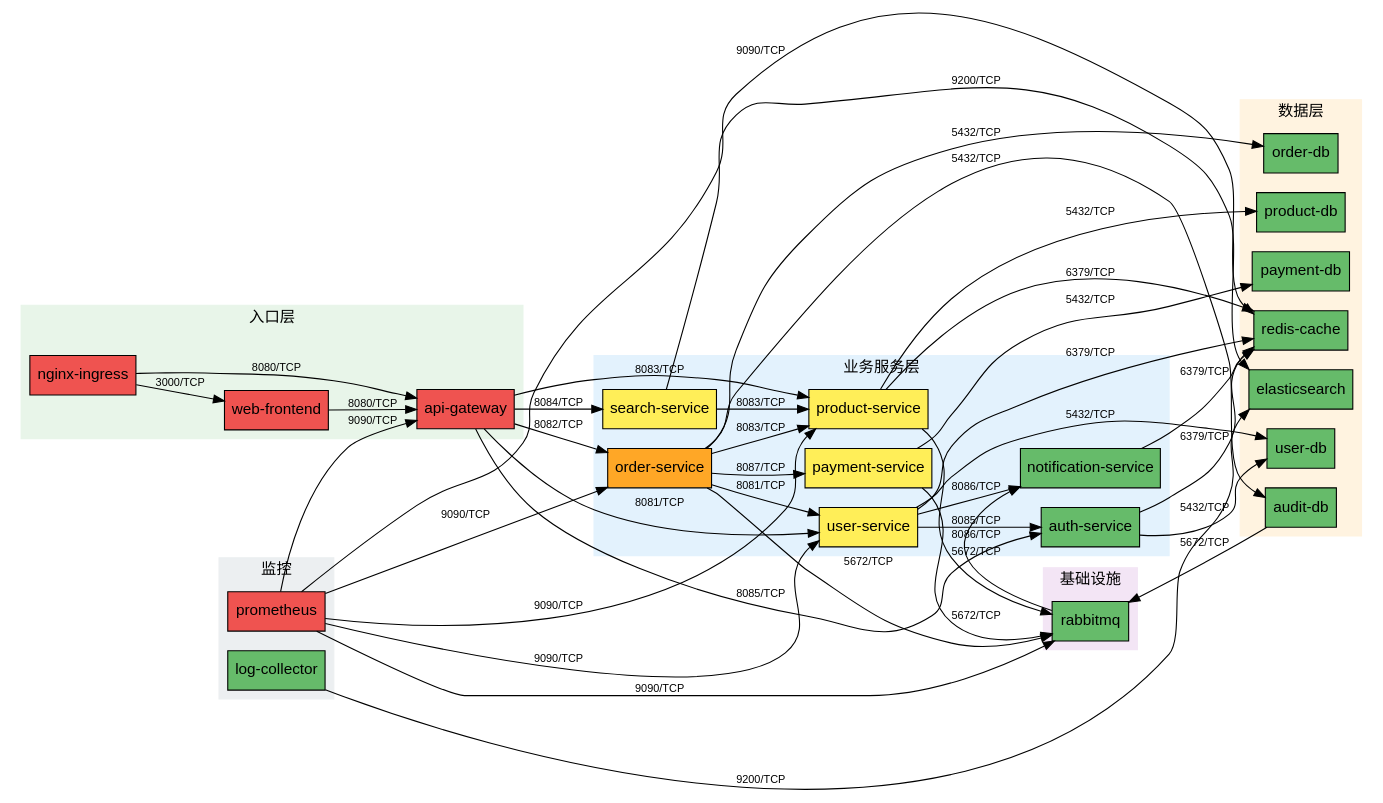
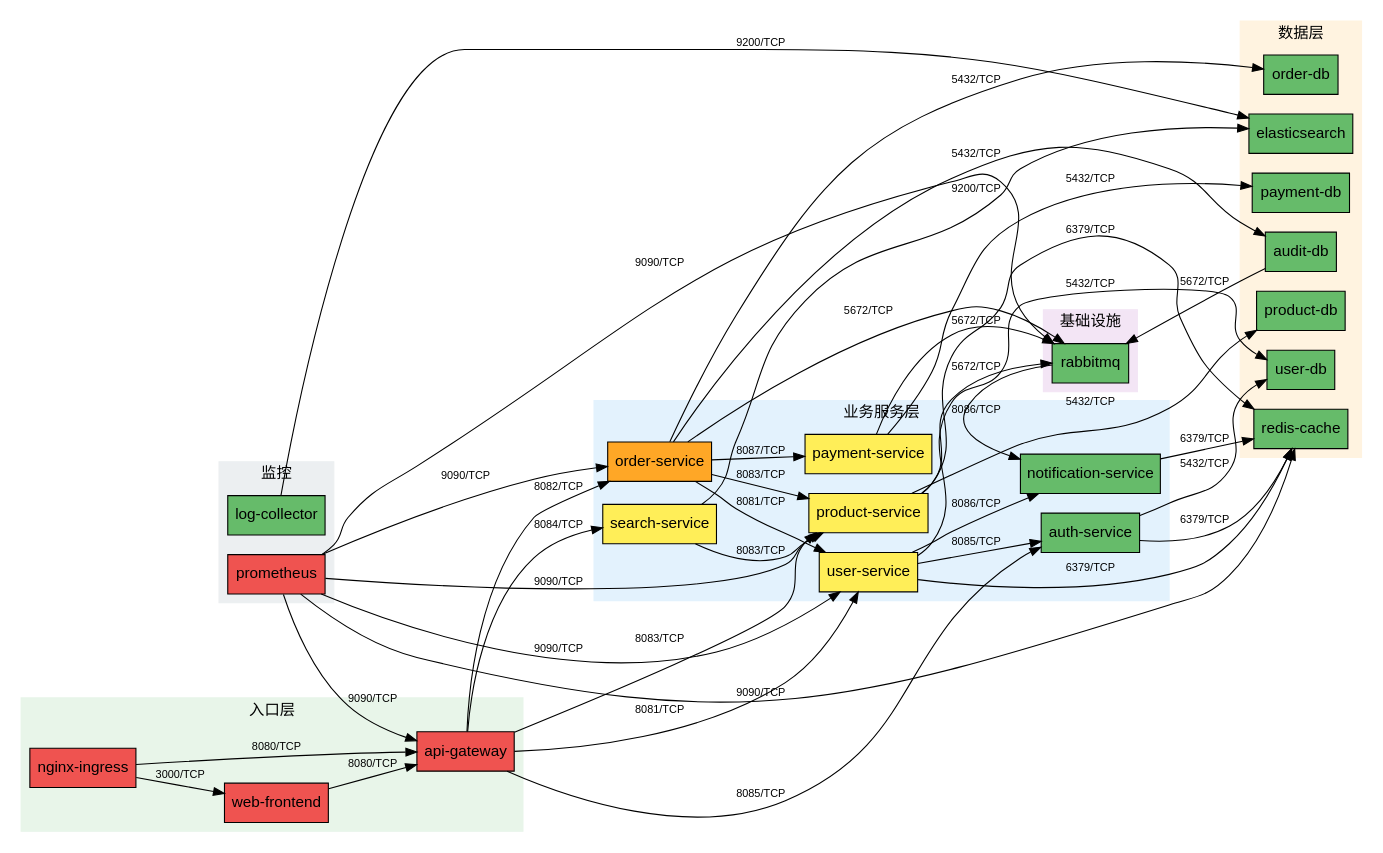
Before and after one commit to Rhyin0/k8s-netpol-analyzer: the diagram in network-topology.dot, drawn with Graphviz. The commit also changed other lines of this file and 7 other files, not shown here.

Commit message:
feat: Phase 2 - Hubble flow collection + Prometheus metrics + Grafana integration

```diff
--- a/network-topology.dot
+++ b/network-topology.dot
@@ -1,93 +1,93 @@
 digraph K8sNetworkPolicy {
   rankdir=LR;
   node [shape=box, style=filled, fontname="Arial"];
   edge [fontname="Arial", fontsize=10];
 
   subgraph cluster_0 {
+    label="业务服务层";
+    style=filled;
+    color="#E3F2FD";
+    "notification-service" [fillcolor="#66BB6A"];
+    "payment-service" [fillcolor="#FFEE58"];
+    "auth-service" [fillcolor="#66BB6A"];
+    "order-service" [fillcolor="#FFA726"];
+    "product-service" [fillcolor="#FFEE58"];
+    "user-service" [fillcolor="#FFEE58"];
+    "search-service" [fillcolor="#FFEE58"];
+  }
+
+  subgraph cluster_1 {
+    label="数据层";
+    style=filled;
+    color="#FFF3E0";
+    "elasticsearch" [fillcolor="#66BB6A"];
+    "order-db" [fillcolor="#66BB6A"];
+    "payment-db" [fillcolor="#66BB6A"];
+    "audit-db" [fillcolor="#66BB6A"];
+    "redis-cache" [fillcolor="#66BB6A"];
+    "product-db" [fillcolor="#66BB6A"];
+    "user-db" [fillcolor="#66BB6A"];
+  }
+
+  subgraph cluster_2 {
+    label="基础设施";
+    style=filled;
+    color="#F3E5F5";
+    "rabbitmq" [fillcolor="#66BB6A"];
+  }
+
+  subgraph cluster_3 {
+    label="监控";
+    style=filled;
+    color="#ECEFF1";
+    "log-collector" [fillcolor="#66BB6A"];
+    "prometheus" [fillcolor="#EF5350"];
+  }
+
+  subgraph cluster_4 {
     label="入口层";
     style=filled;
     color="#E8F5E9";
     "nginx-ingress" [fillcolor="#EF5350"];
     "api-gateway" [fillcolor="#EF5350"];
     "web-frontend" [fillcolor="#EF5350"];
-  }
-
-  subgraph cluster_1 {
-    label="业务服务层";
-    style=filled;
-    color="#E3F2FD";
-    "user-service" [fillcolor="#FFEE58"];
-    "order-service" [fillcolor="#FFA726"];
-    "notification-service" [fillcolor="#66BB6A"];
-    "product-service" [fillcolor="#FFEE58"];
-    "payment-service" [fillcolor="#FFEE58"];
-    "search-service" [fillcolor="#FFEE58"];
-    "auth-service" [fillcolor="#66BB6A"];
-  }
-
-  subgraph cluster_2 {
-    label="数据层";
-    style=filled;
-    color="#FFF3E0";
-    "elasticsearch" [fillcolor="#66BB6A"];
-    "user-db" [fillcolor="#66BB6A"];
-    "order-db" [fillcolor="#66BB6A"];
-    "payment-db" [fillcolor="#66BB6A"];
-    "redis-cache" [fillcolor="#66BB6A"];
-    "product-db" [fillcolor="#66BB6A"];
-    "audit-db" [fillcolor="#66BB6A"];
-  }
-
-  subgraph cluster_3 {
-    label="基础设施";
-    style=filled;
-    color="#F3E5F5";
-    "rabbitmq" [fillcolor="#66BB6A"];
-  }
-
-  subgraph cluster_4 {
-    label="监控";
-    style=filled;
-    color="#ECEFF1";
-    "log-collector" [fillcolor="#66BB6A"];
-    "prometheus" [fillcolor="#EF5350"];
   }
 
   "nginx-ingress" -> "web-frontend" [label="3000/TCP"];
   "nginx-ingress" -> "api-gateway" [label="8080/TCP"];
   "web-frontend" -> "api-gateway" [label="8080/TCP"];
   "api-gateway" -> "user-service" [label="8081/TCP"];
   "api-gateway" -> "order-service" [label="8082/TCP"];
   "api-gateway" -> "product-service" [label="8083/TCP"];
   "api-gateway" -> "search-service" [label="8084/TCP"];
   "api-gateway" -> "auth-service" [label="8085/TCP"];
   "user-service" -> "auth-service" [label="8085/TCP"];
   "auth-service" -> "redis-cache" [label="6379/TCP"];
   "auth-service" -> "user-db" [label="5432/TCP"];
   "order-service" -> "user-service" [label="8081/TCP"];
   "user-service" -> "user-db" [label="5432/TCP"];
   "user-service" -> "redis-cache" [label="6379/TCP"];
   "user-service" -> "notification-service" [label="8086/TCP"];
   "order-service" -> "order-db" [label="5432/TCP"];
   "order-service" -> "product-service" [label="8083/TCP"];
   "order-service" -> "payment-service" [label="8087/TCP"];
   "order-service" -> "rabbitmq" [label="5672/TCP"];
   "search-service" -> "product-service" [label="8083/TCP"];
   "product-service" -> "product-db" [label="5432/TCP"];
   "product-service" -> "redis-cache" [label="6379/TCP"];
   "product-service" -> "rabbitmq" [label="5672/TCP"];
   "search-service" -> "elasticsearch" [label="9200/TCP"];
   "payment-service" -> "payment-db" [label="5432/TCP"];
   "payment-service" -> "rabbitmq" [label="5672/TCP"];
   "rabbitmq" -> "notification-service" [label="8086/TCP"];
   "notification-service" -> "redis-cache" [label="6379/TCP"];
   "log-collector" -> "elasticsearch" [label="9200/TCP"];
   "prometheus" -> "api-gateway" [label="9090/TCP"];
   "prometheus" -> "user-service" [label="9090/TCP"];
   "prometheus" -> "order-service" [label="9090/TCP"];
   "prometheus" -> "product-service" [label="9090/TCP"];
   "prometheus" -> "rabbitmq" [label="9090/TCP"];
   "prometheus" -> "redis-cache" [label="9090/TCP"];
   "order-service" -> "audit-db" [label="5432/TCP"];
   "audit-db" -> "rabbitmq" [label="5672/TCP"];
 }
```
